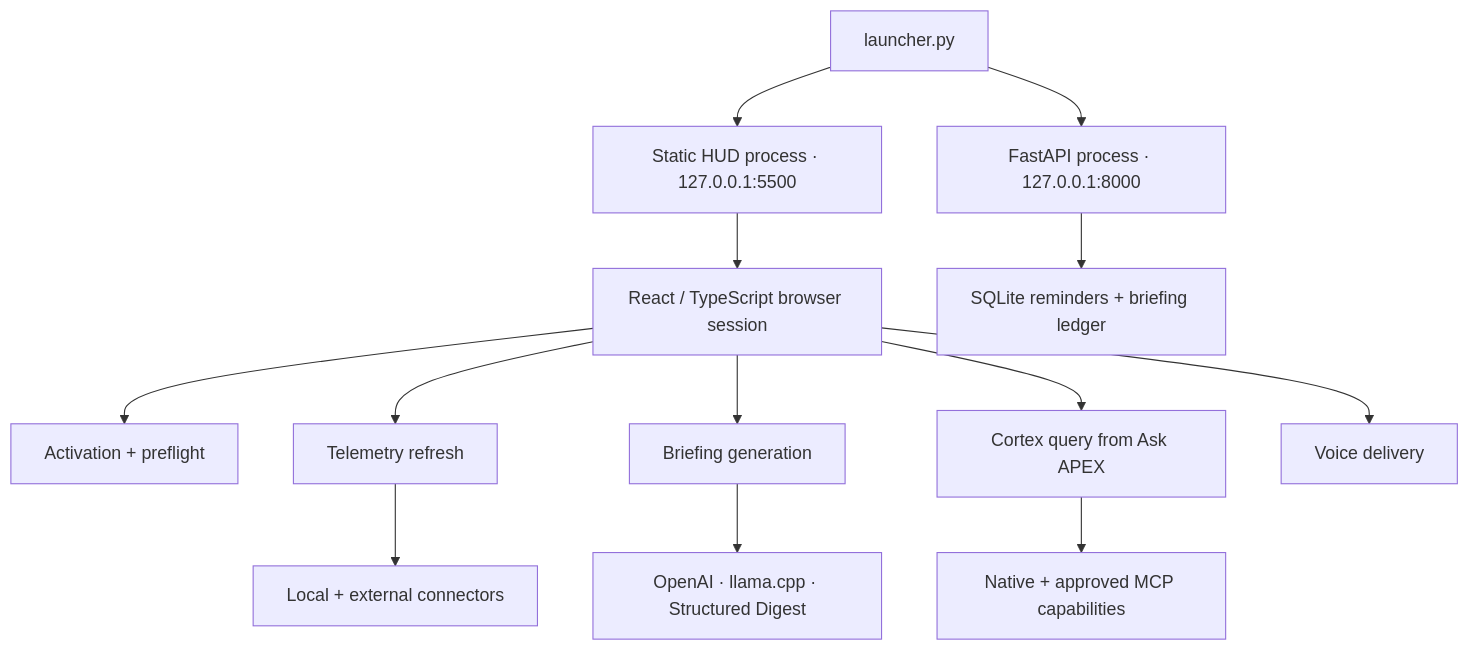
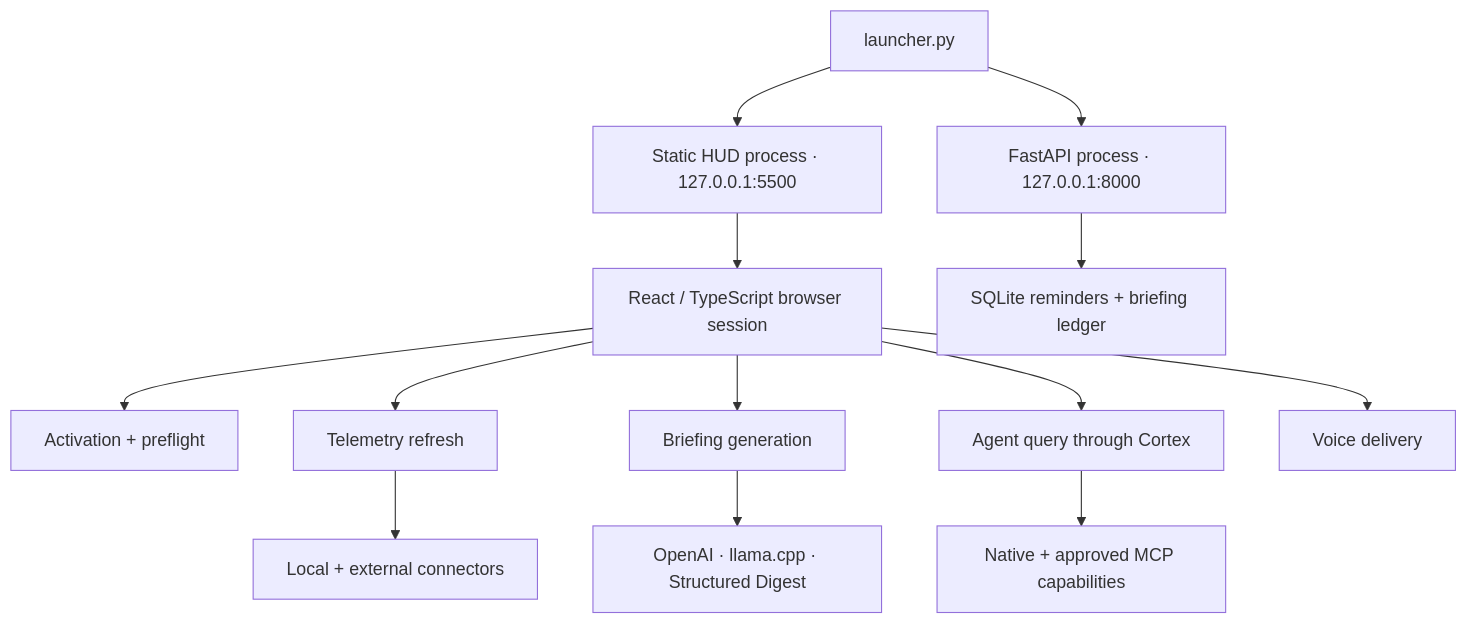
Before and after one commit to edumarcano/APEX: the first of 3 diagrams in docs/architecture.md, drawn with Mermaid. The commit also changed other lines of this file and 30 other files, not shown here.

First line of the commit message:
refactor: rename ask apex controls (#341)

````diff
--- a/docs/architecture.md
+++ b/docs/architecture.md
@@ -24,17 +24,17 @@
 ```mermaid
 flowchart TB
     Launcher["launcher.py"] --> API["FastAPI process · 127.0.0.1:8000"]
     Launcher --> Static["Static HUD process · 127.0.0.1:5500"]
     Static --> Browser["React / TypeScript browser session"]
 
     Browser --> Activation["Activation + preflight"]
     Browser --> Telemetry["Telemetry refresh"]
     Browser --> Briefing["Briefing generation"]
-    Browser --> Cortex["Cortex query from Ask APEX"]
+    Browser --> Cortex["Agent query through Cortex"]
     Browser --> Voice["Voice delivery"]
 
     Telemetry --> Connectors["Local + external connectors"]
     Briefing --> Models["OpenAI · llama.cpp · Structured Digest"]
     Cortex --> Capabilities["Native + approved MCP capabilities"]
     API --> SQLite["SQLite reminders + briefing ledger"]
 ```
````
